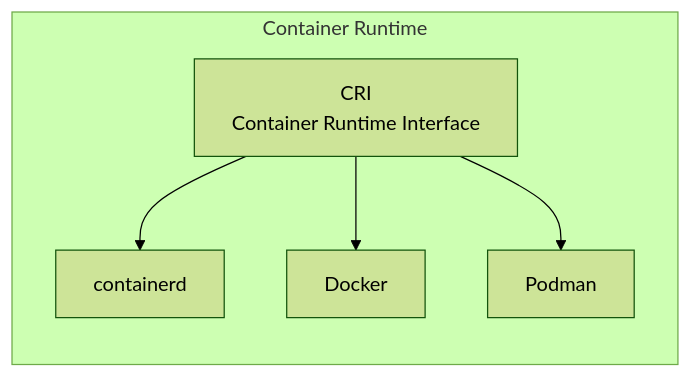
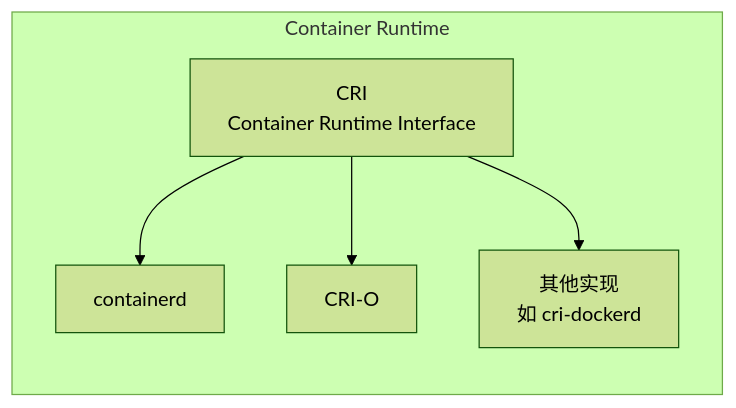
The fifth of 17 diagrams in content/linux/container/Chapter-52-Kubernetes.md (before80/prgms), drawn with Mermaid (forest theme) before and after one commit. The commit also changed other lines of this file and 1645 other files, not shown here.

````diff
--- a/content/linux/container/Chapter-52-Kubernetes.md
+++ b/content/linux/container/Chapter-52-Kubernetes.md
@@ -302,9 +317,9 @@
 ```mermaid
 flowchart LR
     subgraph "Container Runtime"
         CRI[CRI<br/>Container Runtime Interface]
         CRI --> C[containerd]
-        CRI --> D[Docker]
-        CRI --> P[Podman]
+        CRI --> D[CRI-O]
+        CRI --> P[其他实现<br/>如 cri-dockerd]
     end
 ```
````
